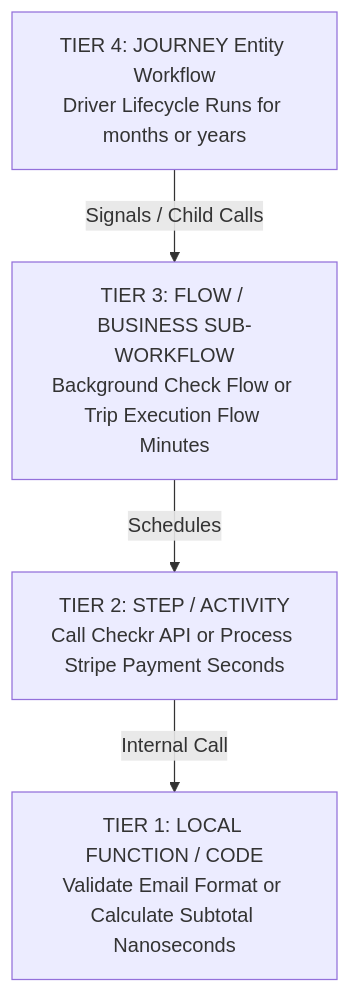
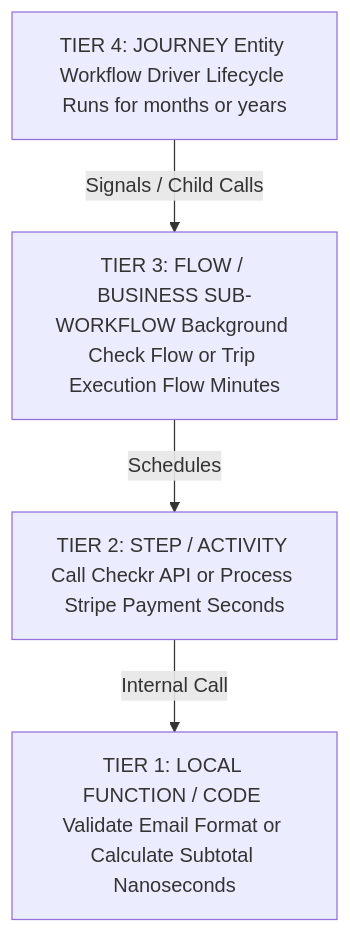
One commit to Chandra179/atlas changed diagram 14 of 16 in blog/astro/src/content/docs/uber-architecture.md. Above: the diagram before and after it, drawn with Mermaid. The commit also changed other lines of this file and 1 other file, not shown here.

````diff
--- a/blog/astro/src/content/docs/uber-architecture.md
+++ b/blog/astro/src/content/docs/uber-architecture.md
@@ -702,10 +702,10 @@
 ```mermaid
 graph TB
-    T4["TIER 4: JOURNEY Entity Workflow<br/>Driver Lifecycle Runs for months or years"]
-    T3["TIER 3: FLOW / BUSINESS SUB-WORKFLOW<br/>Background Check Flow or Trip Execution Flow Minutes"]
-    T2["TIER 2: STEP / ACTIVITY<br/>Call Checkr API or Process Stripe Payment Seconds"]
-    T1["TIER 1: LOCAL FUNCTION / CODE<br/>Validate Email Format or Calculate Subtotal Nanoseconds"]
+    T4["TIER 4: JOURNEY Entity Workflow Driver Lifecycle Runs for months or years"]
+    T3["TIER 3: FLOW / BUSINESS SUB-WORKFLOW Background Check Flow or Trip Execution Flow Minutes"]
+    T2["TIER 2: STEP / ACTIVITY Call Checkr API or Process Stripe Payment Seconds"]
+    T1["TIER 1: LOCAL FUNCTION / CODE Validate Email Format or Calculate Subtotal Nanoseconds"]
     T4 -->|Signals / Child Calls| T3
     T3 -->|Schedules| T2
     T2 -->|Internal Call| T1
 ```
````
